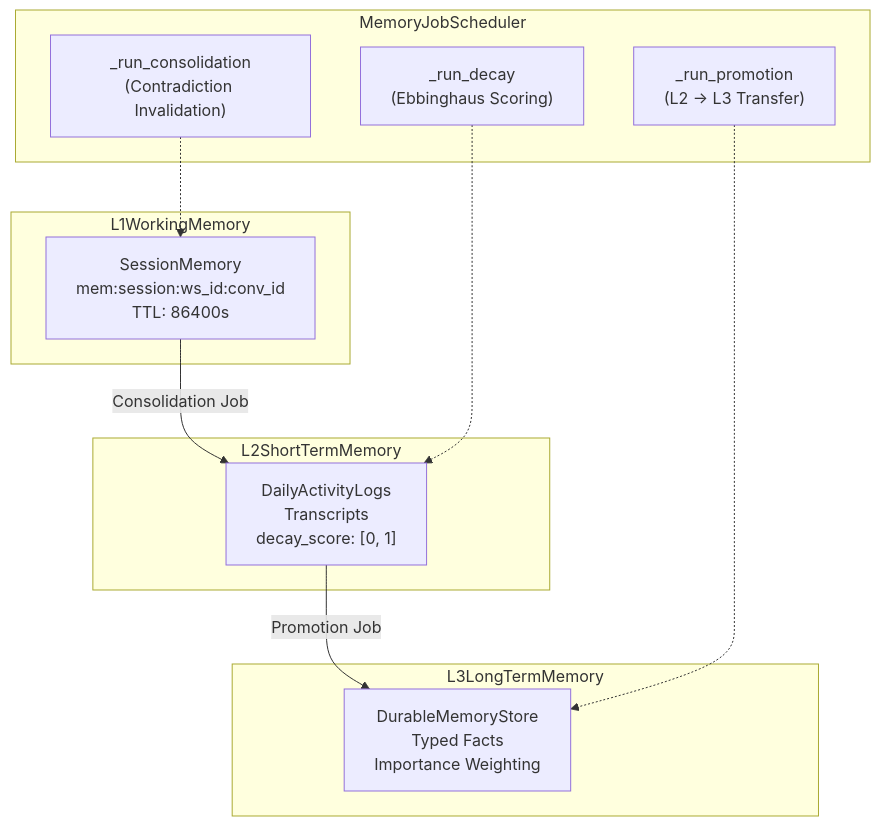
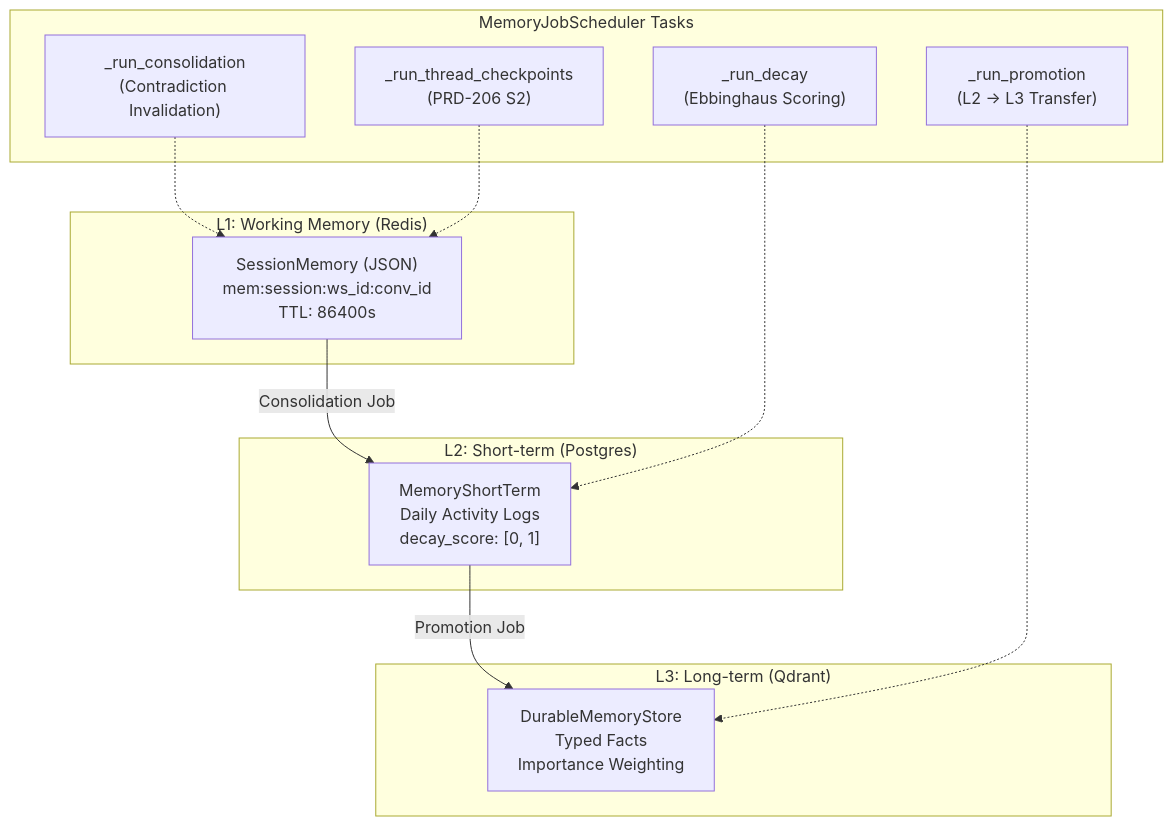
Before and after one commit to AutomatosAI/automatos-ai: the first of 2 diagrams in docs/memory-system/memory-lifecycle-consolidation.md, drawn with Mermaid. The commit also changed other lines of this file and 188 other files, not shown here.

First line of the commit message:
docs: refresh architecture docs and add coverage for new subsystems (#1416)

````diff
--- a/docs/memory-system/memory-lifecycle-consolidation.md
+++ b/docs/memory-system/memory-lifecycle-consolidation.md
@@ -75,27 +75,29 @@
 ```mermaid
 graph TB
-    subgraph "L1WorkingMemory"
-        L1["SessionMemory<br/>mem:session:ws_id:conv_id<br/>TTL: 86400s"]
+    subgraph "L1: Working Memory (Redis)"
+        L1["SessionMemory (JSON)<br/>mem:session:ws_id:conv_id<br/>TTL: 86400s"]
     end
     
-    subgraph "L2ShortTermMemory"
-        L2["DailyActivityLogs<br/>Transcripts<br/>decay_score: [0, 1]"]
+    subgraph "L2: Short-term (Postgres)"
+        L2["MemoryShortTerm<br/>Daily Activity Logs<br/>decay_score: [0, 1]"]
     end
     
-    subgraph "L3LongTermMemory"
+    subgraph "L3: Long-term (Qdrant)"
         L3["DurableMemoryStore<br/>Typed Facts<br/>Importance Weighting"]
     end
 
-    L1 -->|"Consolidation Job"| L2
-    L2 -->|"Promotion Job"| L3
+    L1 -->|Consolidation Job| L2
+    L2 -->|Promotion Job| L3
     
-    subgraph "MemoryJobScheduler"
+    subgraph "MemoryJobScheduler Tasks"
         J1["_run_consolidation<br/>(Contradiction Invalidation)"]
         J2["_run_decay<br/>(Ebbinghaus Scoring)"]
         J3["_run_promotion<br/>(L2 -> L3 Transfer)"]
+        J4["_run_thread_checkpoints<br/>(PRD-206 S2)"]
     end
     
     J1 -.-> L1
     J2 -.-> L2
     J3 -.-> L3
+    J4 -.-> L1
 ```
````
